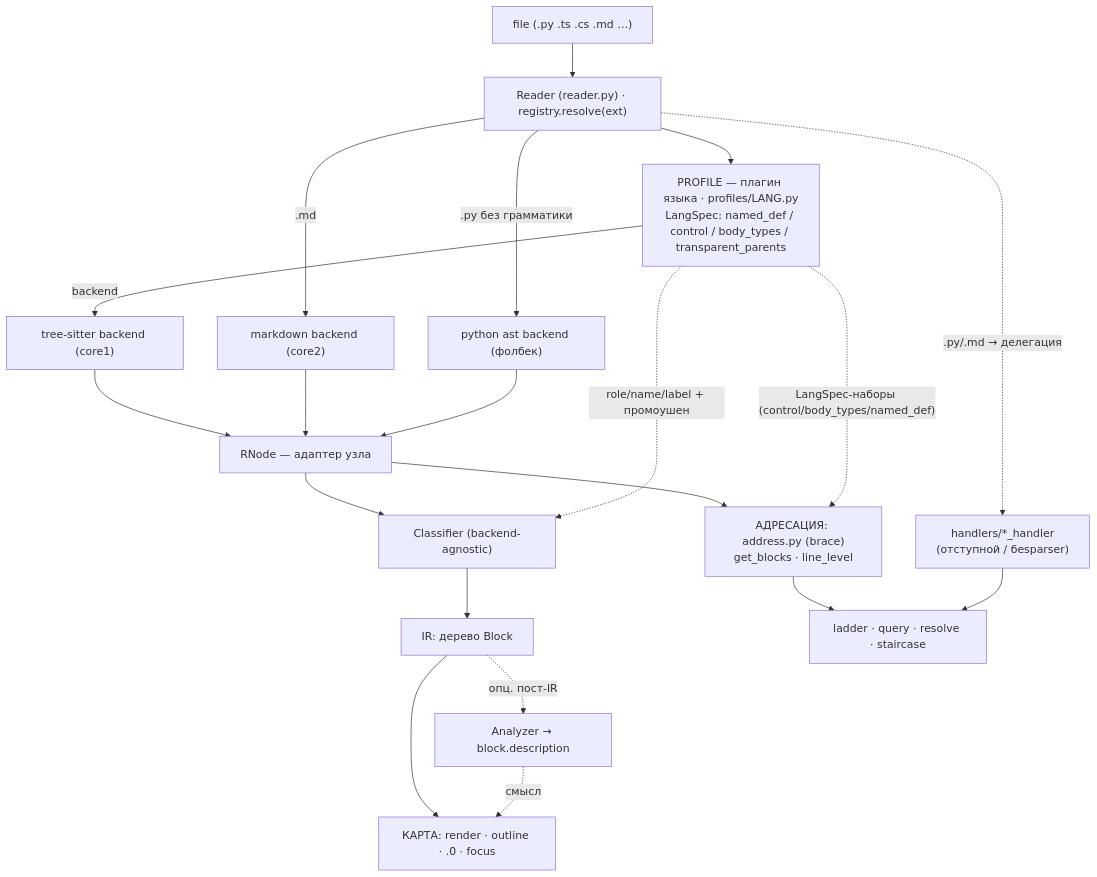
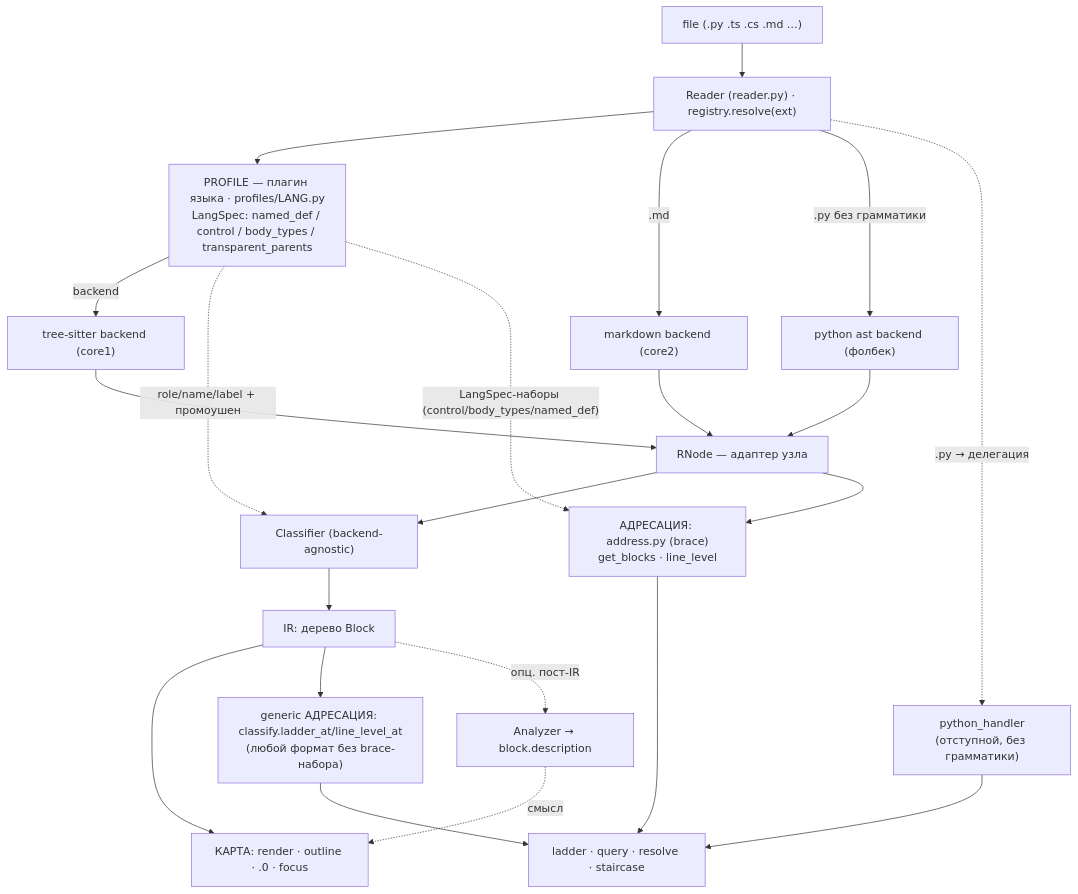
Before and after one commit to seneelya/Project-Context-Box-Tools: the diagram in get_codeblock/reader/CONTRACT.md, drawn with Mermaid. The commit also changed other lines of this file, not shown here.

Commit message:
Document generic addressing path in CONTRACT.md (Vision03's target: ladder as an IR renderer)

````diff
--- a/get_codeblock/reader/CONTRACT.md
+++ b/get_codeblock/reader/CONTRACT.md
@@ -15,24 +31,26 @@
 ```mermaid
 flowchart TB
   F["file (.py .ts .cs .md …)"] --> R["Reader (reader.py) · registry.resolve(ext)"]
   R --> P["PROFILE — плагин языка · profiles/LANG.py<br/>LangSpec: named_def / control / body_types / transparent_parents"]
   P -->|backend| TS["tree-sitter backend (core1)"]
   R -->|.md| MD["markdown backend (core2)"]
   R -->|".py без грамматики"| AST["python ast backend (фолбек)"]
   TS --> N["RNode — адаптер узла"]
   MD --> N
   AST --> N
 
   N --> C["Classifier (backend-agnostic)"]
   P -. "role/name/label + промоушен" .-> C
   C --> IR["IR: дерево Block"]
   IR --> OUTMAP["КАРТА: render · outline · .0 · focus"]
+  IR --> GENADDR["generic АДРЕСАЦИЯ: classify.ladder_at/line_level_at<br/>(любой формат без brace-набора)"]
   IR -. "опц. пост-IR" .-> AN["Analyzer → block.description"]
   AN -. "смысл" .-> OUTMAP
 
   N --> ADDR["АДРЕСАЦИЯ: address.py (brace)<br/>get_blocks · line_level"]
   P -. "LangSpec-наборы (control/body_types/named_def)" .-> ADDR
-  R -. ".py/.md → делегация" .-> DEL["handlers/*_handler<br/>(отступной / беsparser)"]
+  R -. ".py → делегация" .-> DEL["python_handler<br/>(отступной, без грамматики)"]
   ADDR --> ADDROUT["ladder · query · resolve · staircase"]
   DEL --> ADDROUT
+  GENADDR --> ADDROUT
 ```
````
